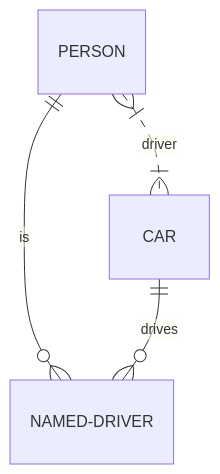
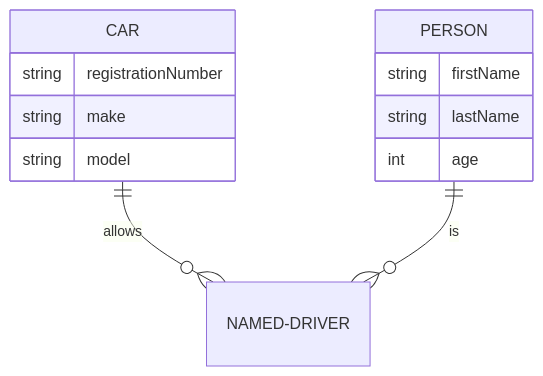
One commit to teachingai/full-stack-skills changed the seventh of 17 diagrams in skills/mermaid/examples/er.md. Above: the diagram before and after it, drawn with Mermaid. The commit also changed other lines of this file and 21 other files, not shown here.

First line of the commit message:
docs(mermaid): 更新架构、块、C4和类图示例文档

````diff
--- a/skills/mermaid/examples/er.md
+++ b/skills/mermaid/examples/er.md
@@ -76,6 +109,15 @@
 ```mermaid
 erDiagram
-    PERSON }|..|{ CAR : "driver"
-    PERSON ||--o{ NAMED-DRIVER : "is"
-    CAR ||--o{ NAMED-DRIVER : "drives"
+    CAR ||--o{ NAMED-DRIVER : allows
+    CAR {
+        string registrationNumber
+        string make
+        string model
+    }
+    PERSON ||--o{ NAMED-DRIVER : is
+    PERSON {
+        string firstName
+        string lastName
+        int age
+    }
 ```
````
